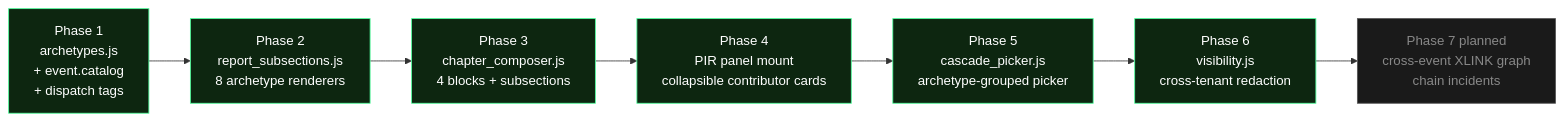
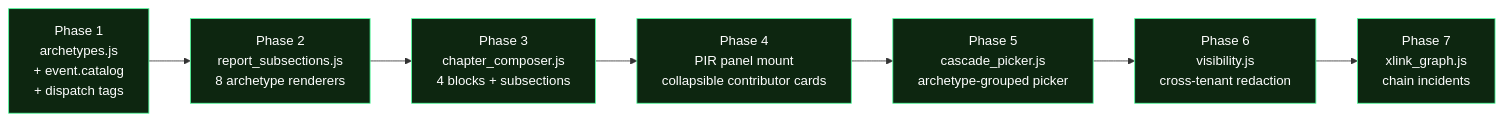
One commit to Luckyluc321/ISR-Systems-c2-platform changed the sixth of 7 diagrams in docs/cross-agency-flows.md. Above: the diagram before and after it, drawn with Mermaid. The commit also changed other lines of this file and 3 other files, not shown here.

First line of the commit message:
feat: Phase 7 report shape. Cross-event XLINK graph + chain view

````diff
--- a/docs/cross-agency-flows.md
+++ b/docs/cross-agency-flows.md
@@ -652,18 +695,18 @@
 ```mermaid
 flowchart LR
   P1[Phase 1<br/>archetypes.js<br/>+ event.catalog<br/>+ dispatch tags]
   P2[Phase 2<br/>report_subsections.js<br/>8 archetype renderers]
   P3[Phase 3<br/>chapter_composer.js<br/>4 blocks + subsections]
   P4[Phase 4<br/>PIR panel mount<br/>collapsible contributor cards]
   P5[Phase 5<br/>cascade_picker.js<br/>archetype-grouped picker]
   P6[Phase 6<br/>visibility.js<br/>cross-tenant redaction]
-  P7[Phase 7 planned<br/>cross-event XLINK graph<br/>chain incidents]
+  P7[Phase 7<br/>xlink_graph.js<br/>chain incidents]
   P1 --> P2 --> P3 --> P4 --> P5 --> P6 --> P7
   style P1 fill:#0d2610,stroke:#4dff9c,color:#fff
   style P2 fill:#0d2610,stroke:#4dff9c,color:#fff
   style P3 fill:#0d2610,stroke:#4dff9c,color:#fff
   style P4 fill:#0d2610,stroke:#4dff9c,color:#fff
   style P5 fill:#0d2610,stroke:#4dff9c,color:#fff
   style P6 fill:#0d2610,stroke:#4dff9c,color:#fff
-  style P7 fill:#1a1a1a,stroke:#555,color:#888
+  style P7 fill:#0d2610,stroke:#4dff9c,color:#fff
 ```
````
